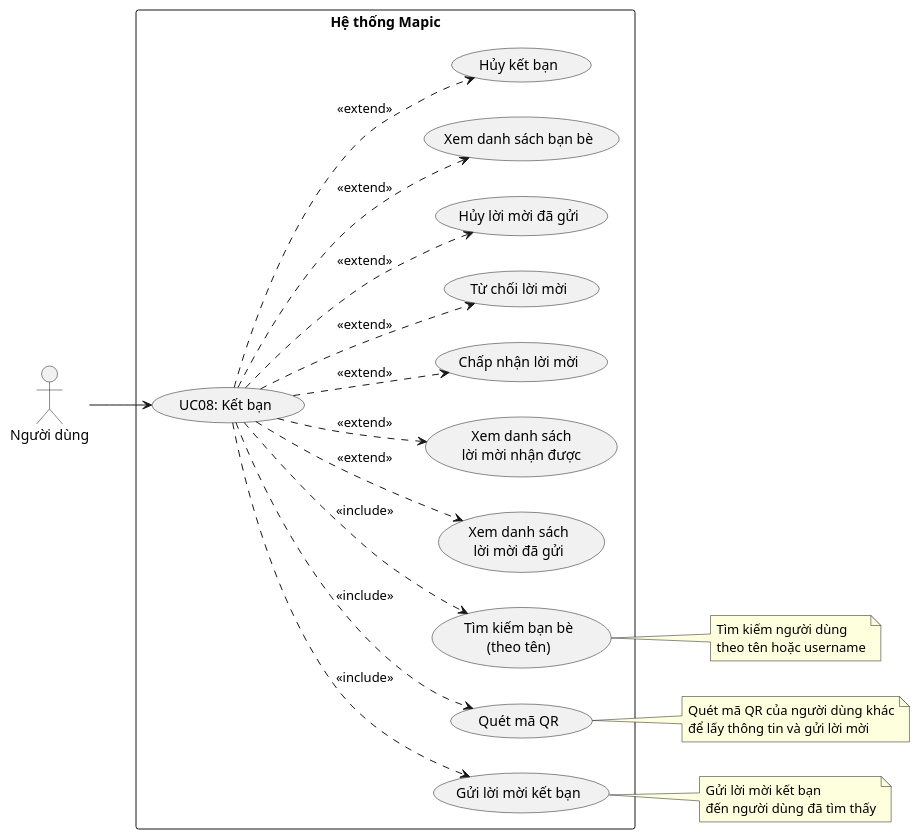
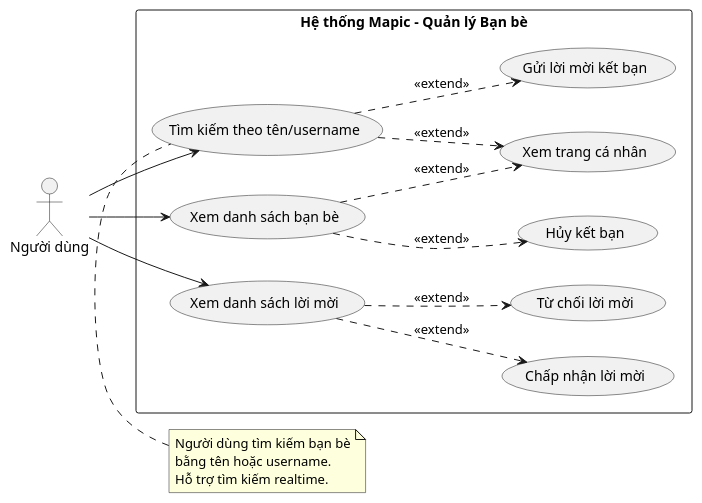
The diagram in docs/UseCaseDiagram/UC08_AddFriend.puml (truongvi-ute/mapic_api), drawn with PlantUML before and after one commit. The commit also changed 19 other files, not shown here.

```diff
--- a/docs/UseCaseDiagram/UC08_AddFriend.puml
+++ b/docs/UseCaseDiagram/UC08_AddFriend.puml
@@ -1,49 +1,48 @@
-@startuml UC08_AddFriend
+@startuml UC08_FriendManagement
 left to right direction
 skinparam packageStyle rectangle
+skinparam shadowing false
 
 actor "Người dùng" as User
 
-rectangle "Hệ thống Mapic" {
-  usecase "UC08: Kết bạn" as UC08
-  usecase "Tìm kiếm bạn bè\n(theo tên)" as UC08_1
-  usecase "Quét mã QR" as UC08_2
-  usecase "Gửi lời mời kết bạn" as UC08_3
-  usecase "Xem danh sách\nlời mời đã gửi" as UC08_4
-  usecase "Xem danh sách\nlời mời nhận được" as UC08_5
-  usecase "Chấp nhận lời mời" as UC08_6
-  usecase "Từ chối lời mời" as UC08_7
-  usecase "Hủy lời mời đã gửi" as UC08_8
-  usecase "Xem danh sách bạn bè" as UC08_9
-  usecase "Hủy kết bạn" as UC08_10
+rectangle "Hệ thống Mapic - Quản lý Bạn bè" {
+
+  ' Use Case chính
+  usecase "Tìm kiếm theo tên/username" as UC_Search
+
+  ' Hành động sau khi tìm thấy
+  usecase "Gửi lời mời kết bạn" as UC_SendRequest
+  usecase "Xem trang cá nhân" as UC_Profile
+
+  ' Quản lý danh sách
+  usecase "Xem danh sách bạn bè" as UC_FriendList
+  usecase "Xem danh sách lời mời" as UC_Requests
+
+  usecase "Hủy kết bạn" as UC_Unfriend
+  usecase "Chấp nhận lời mời" as UC_Accept
+  usecase "Từ chối lời mời" as UC_Decline
 }
 
-User --> UC08
+' Người dùng thực hiện các hành động chính
+User --> UC_Search
+User --> UC_FriendList
+User --> UC_Requests
 
-UC08 ..> UC08_1 : <<include>>
-UC08 ..> UC08_2 : <<include>>
-UC08 ..> UC08_3 : <<include>>
-UC08 ..> UC08_4 : <<extend>>
-UC08 ..> UC08_5 : <<extend>>
-UC08 ..> UC08_6 : <<extend>>
-UC08 ..> UC08_7 : <<extend>>
-UC08 ..> UC08_8 : <<extend>>
-UC08 ..> UC08_9 : <<extend>>
-UC08 ..> UC08_10 : <<extend>>
+' Sau khi tìm thấy thì có thể gửi lời mời hoặc xem profile
+UC_Search ..> UC_SendRequest : <<extend>>
+UC_Search ..> UC_Profile : <<extend>>
 
-note right of UC08_1
-  Tìm kiếm người dùng
-  theo tên hoặc username
-end note
+' Các thao tác trên danh sách
+UC_FriendList ..> UC_Profile : <<extend>>
+UC_FriendList ..> UC_Unfriend : <<extend>>
 
-note right of UC08_2
-  Quét mã QR của người dùng khác
-  để lấy thông tin và gửi lời mời
-end note
+UC_Requests ..> UC_Accept : <<extend>>
+UC_Requests ..> UC_Decline : <<extend>>
 
-note right of UC08_3
-  Gửi lời mời kết bạn
-  đến người dùng đã tìm thấy
+note top of UC_Search
+  Người dùng tìm kiếm bạn bè
+  bằng tên hoặc username.
+  Hỗ trợ tìm kiếm realtime.
 end note
 
 @enduml
```
